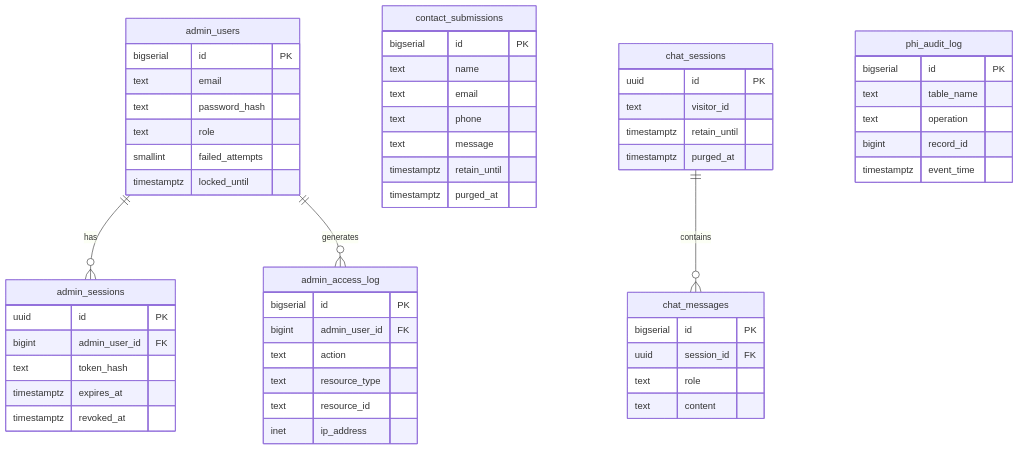
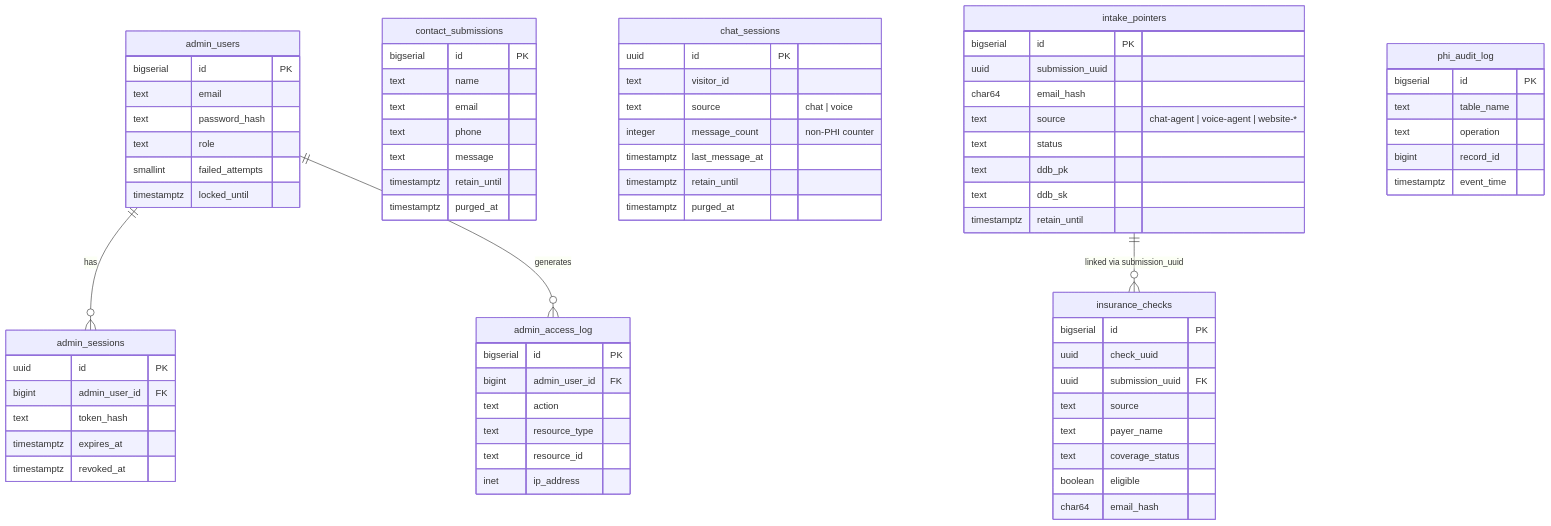
The tenth of 10 diagrams in README.md (shankasf/brightertomorrow), drawn with Mermaid before and after one commit. The commit also changed other lines of this file and 9 other files, not shown here.

````diff
--- a/README.md
+++ b/README.md
@@ -527,58 +614,75 @@
 ```mermaid
 erDiagram
     admin_users {
         bigserial id PK
         text email
         text password_hash
         text role
         smallint failed_attempts
         timestamptz locked_until
     }
     admin_sessions {
         uuid id PK
         bigint admin_user_id FK
         text token_hash
         timestamptz expires_at
         timestamptz revoked_at
     }
     admin_access_log {
         bigserial id PK
         bigint admin_user_id FK
         text action
         text resource_type
         text resource_id
         inet ip_address
     }
     contact_submissions {
         bigserial id PK
         text name
         text email
         text phone
         text message
         timestamptz retain_until
         timestamptz purged_at
     }
     chat_sessions {
         uuid id PK
         text visitor_id
+        text source "chat | voice"
+        integer message_count "non-PHI counter"
+        timestamptz last_message_at
         timestamptz retain_until
         timestamptz purged_at
     }
-    chat_messages {
+    intake_pointers {
         bigserial id PK
-        uuid session_id FK
-        text role
-        text content
+        uuid submission_uuid
+        char64 email_hash
+        text source "chat-agent | voice-agent | website-*"
+        text status
+        text ddb_pk
+        text ddb_sk
+        timestamptz retain_until
+    }
+    insurance_checks {
+        bigserial id PK
+        uuid check_uuid
+        uuid submission_uuid FK
+        text source
+        text payer_name
+        text coverage_status
+        boolean eligible
+        char64 email_hash
     }
     phi_audit_log {
         bigserial id PK
         text table_name
         text operation
         bigint record_id
         timestamptz event_time
     }
 
     admin_users ||--o{ admin_sessions : "has"
     admin_users ||--o{ admin_access_log : "generates"
-    chat_sessions ||--o{ chat_messages : "contains"
+    intake_pointers ||--o{ insurance_checks : "linked via submission_uuid"
 ```
````
